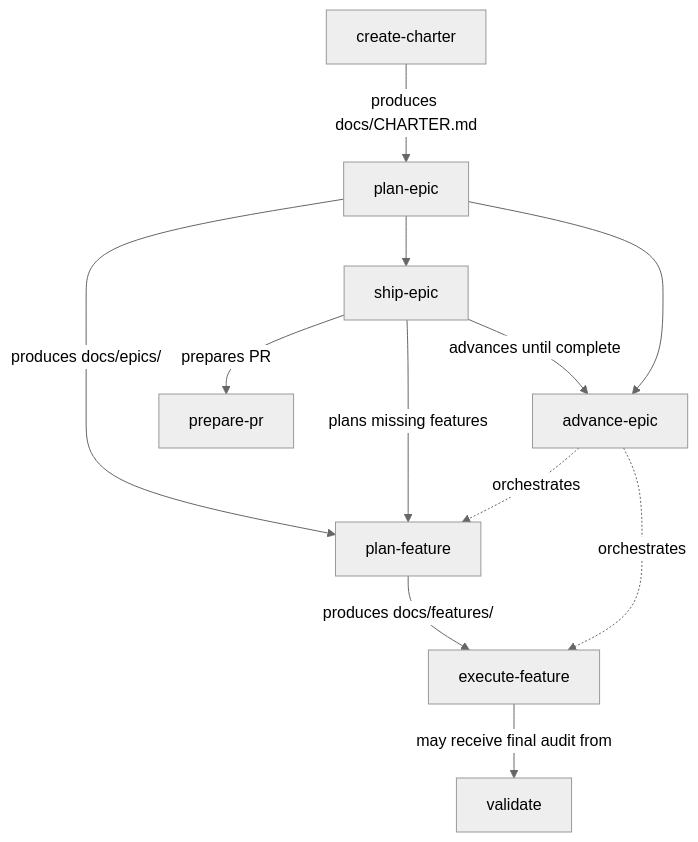
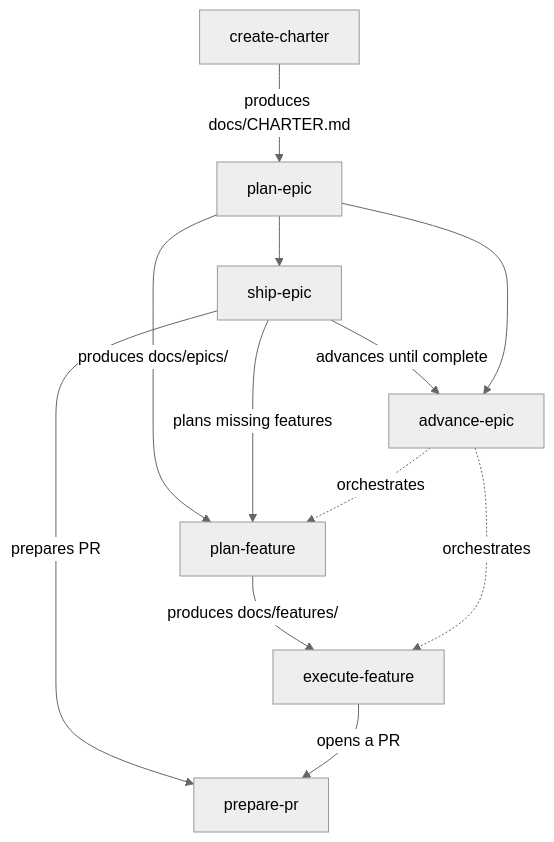
The second of 3 diagrams in README.md (pnewsam/skills), drawn with Mermaid (neutral theme) before and after one commit. The commit also changed other lines of this file and 23 other files, not shown here.

````diff
--- a/README.md
+++ b/README.md
@@ -110,14 +108,14 @@
 ```mermaid
 flowchart TD
     CC[create-charter] -->|produces docs/CHARTER.md| PE[plan-epic]
     PE -->|produces docs/epics/| PF[plan-feature]
     PE --> SP[ship-epic]
     SP -->|plans missing features| PF
     SP -->|advances until complete| AE
     SP -->|prepares PR| PPR[prepare-pr]
     PF -->|produces docs/features/| EF[execute-feature]
-    EF -->|may receive final audit from| VF[validate]
+    EF -->|opens a PR| PPR
     PE --> AE[advance-epic]
     AE -.->|orchestrates| PF
     AE -.->|orchestrates| EF
 ```
````
